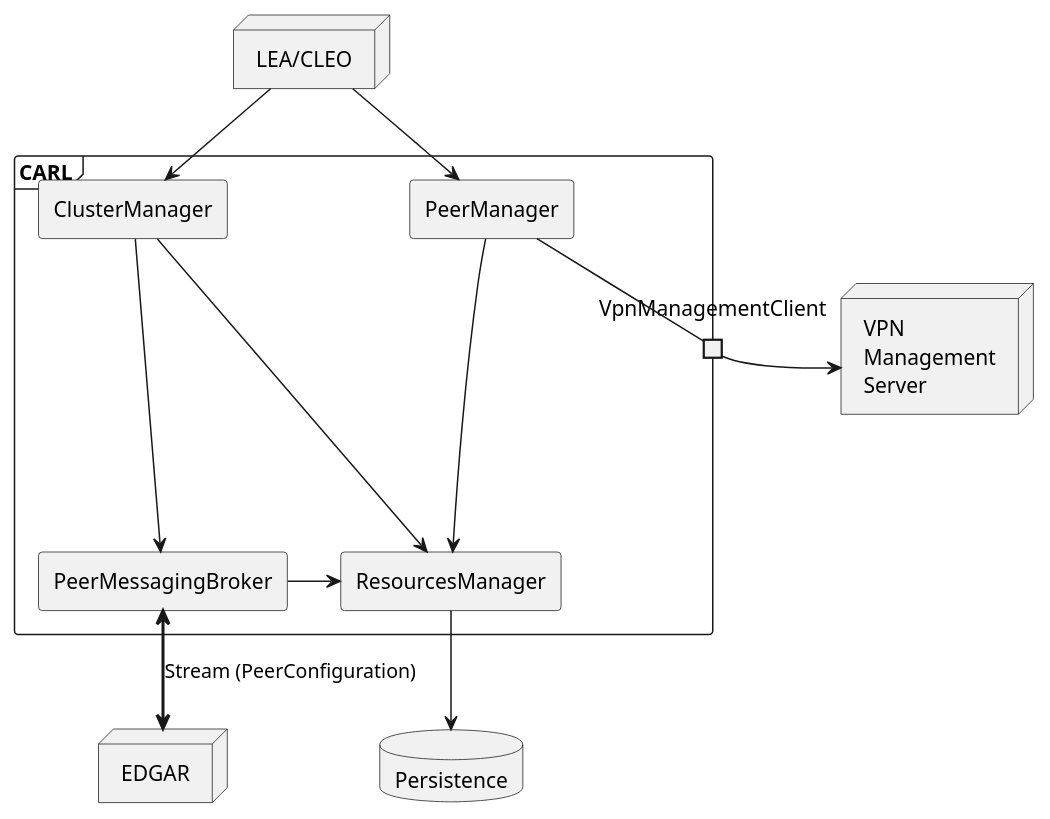
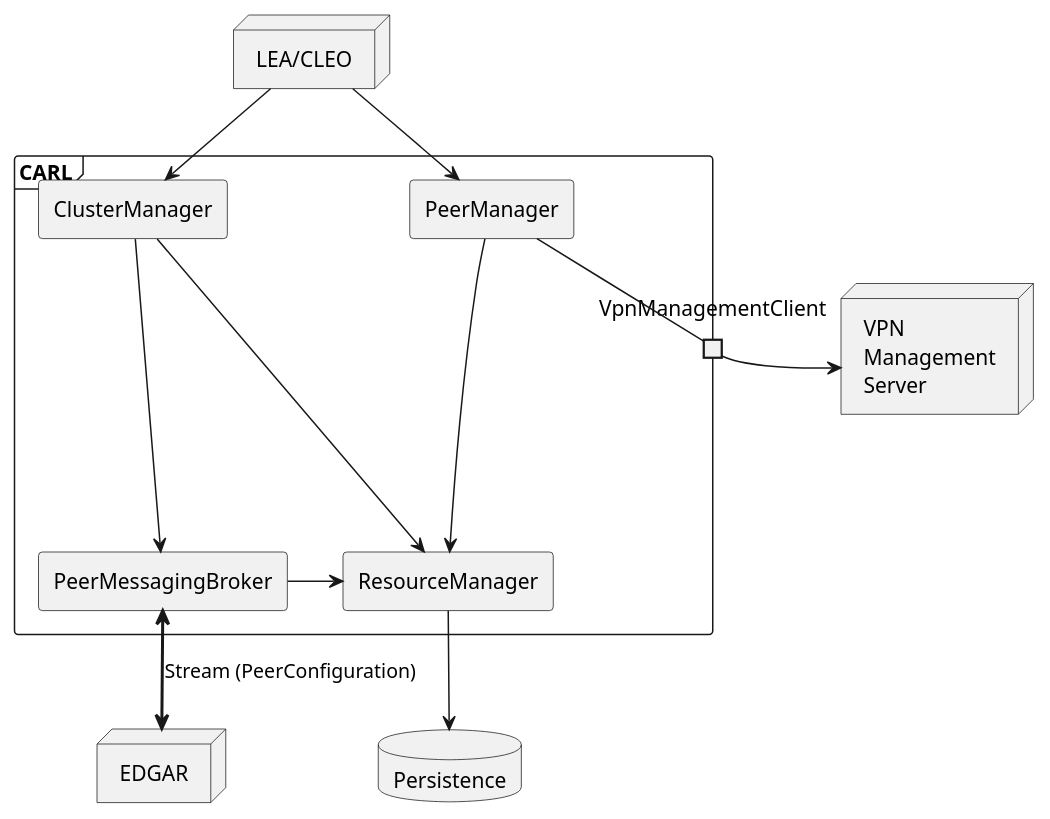
Before and after one commit to eclipse-opendut/opendut: the diagram in doc/src/architecture/carl/index.md, drawn with PlantUML. The commit also changed other lines of this file and 46 other files, not shown here.

Commit message:
CARL -> Rename ResourcesManager to ResourceManager.

````diff
--- a/doc/src/architecture/carl/index.md
+++ b/doc/src/architecture/carl/index.md
@@ -5,31 +5,31 @@
 ```plantuml
 @startuml
 node "LEA/CLEO" as UI
 
 frame CARL {
   agent ClusterManager
   agent PeerManager
   portout VpnManagementClient
   agent PeerMessagingBroker
-  agent ResourcesManager
+  agent ResourceManager
 }
 node "VPN\nManagement\nServer" as VpnManagementServer
 node EDGAR
 database Persistence
 
 UI --> ClusterManager
 UI --> PeerManager
 
 ClusterManager --> PeerMessagingBroker
-ClusterManager ---> ResourcesManager
+ClusterManager ---> ResourceManager
 PeerManager -- VpnManagementClient
-PeerManager ---> ResourcesManager
-ResourcesManager <- PeerMessagingBroker
-ResourcesManager --> Persistence
+PeerManager ---> ResourceManager
+ResourceManager <- PeerMessagingBroker
+ResourceManager --> Persistence
 
 PeerMessagingBroker <==> EDGAR : Stream (PeerConfiguration)
 
 VpnManagementClient -> VpnManagementServer
 
 @enduml
 ```
````
